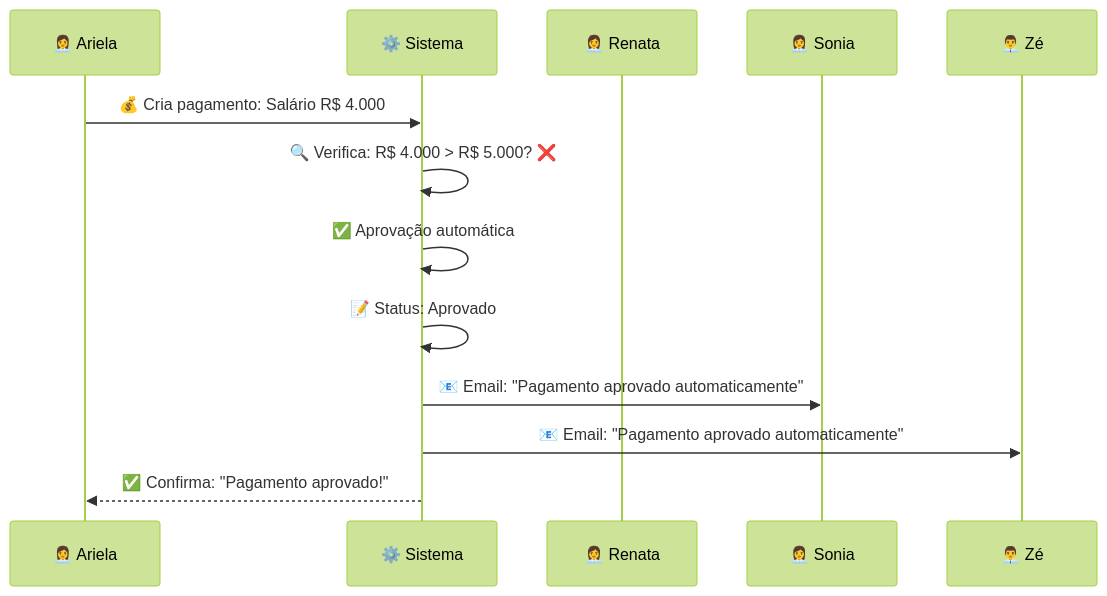
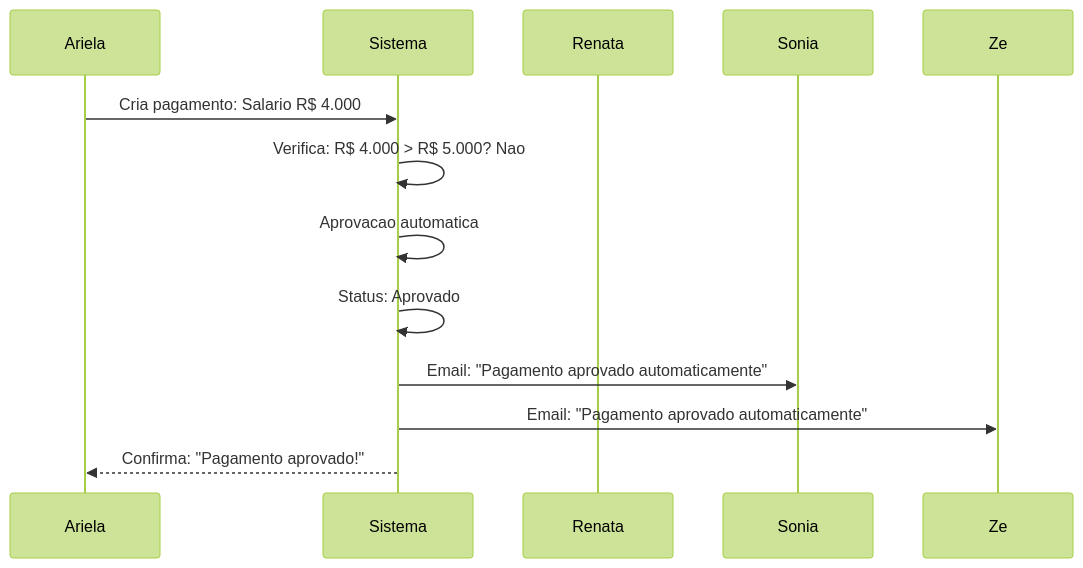
Before and after one commit to emanuelcosta-git/epoch-dream-builder: the fifth of 6 diagrams in FLUXO_REAL_VIDA_MAIS.md, drawn with Mermaid (forest theme). The commit also changed other lines of this file, not shown here.

First line of the commit message:
Refactor flowcharts and diagrams for clarity

````diff
--- a/FLUXO_REAL_VIDA_MAIS.md
+++ b/FLUXO_REAL_VIDA_MAIS.md
@@ -212,16 +212,16 @@
 ```mermaid
 sequenceDiagram
-    participant A as 👩‍💼 Ariela
-    participant S as ⚙️ Sistema
-    participant R as 👩‍💼 Renata
-    participant S2 as 👩‍💼 Sonia
-    participant Z as 👨‍💼 Zé
+    participant A as Ariela
+    participant S as Sistema
+    participant R as Renata
+    participant S2 as Sonia
+    participant Z as Ze
 
-    A->>S: 💰 Cria pagamento: Salário R$ 4.000
-    S->>S: 🔍 Verifica: R$ 4.000 > R$ 5.000? ❌
-    S->>S: ✅ Aprovação automática
-    S->>S: 📝 Status: Aprovado
-    S->>S2: 📧 Email: "Pagamento aprovado automaticamente"
-    S->>Z: 📧 Email: "Pagamento aprovado automaticamente"
-    S-->>A: ✅ Confirma: "Pagamento aprovado!"
+    A->>S: Cria pagamento: Salario R$ 4.000
+    S->>S: Verifica: R$ 4.000 > R$ 5.000? Nao
+    S->>S: Aprovacao automatica
+    S->>S: Status: Aprovado
+    S->>S2: Email: "Pagamento aprovado automaticamente"
+    S->>Z: Email: "Pagamento aprovado automaticamente"
+    S-->>A: Confirma: "Pagamento aprovado!"
 ```
````
